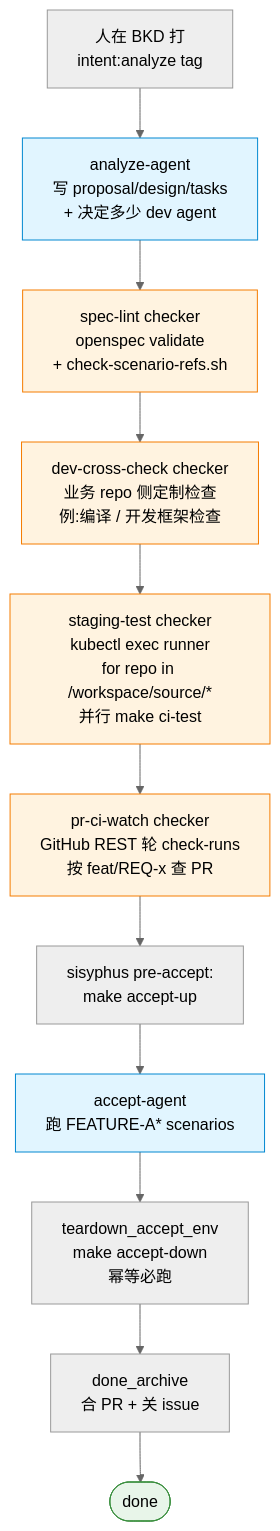
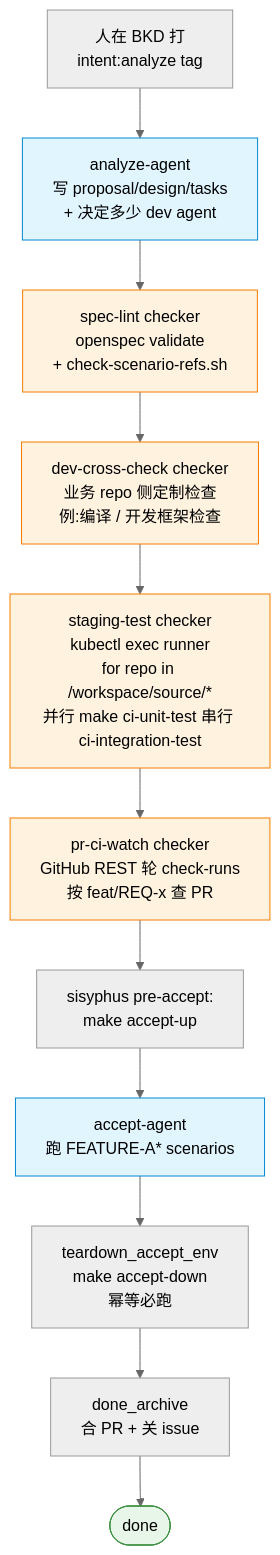
One commit to phona/sisyphus changed the first of 4 diagrams in docs/architecture.md. Above: the diagram before and after it, drawn with Mermaid (neutral theme). The commit also changed other lines of this file and 12 other files, not shown here.

````diff
--- a/docs/architecture.md
+++ b/docs/architecture.md
@@ -43,24 +43,24 @@
 ```mermaid
 flowchart TD
     Human[人在 BKD 打<br/>intent:analyze tag]
     Analyze[analyze-agent<br/>写 proposal/design/tasks<br/>+ 决定多少 dev agent]
     SpecLint[spec-lint checker<br/>openspec validate<br/>+ check-scenario-refs.sh]
     DevCheck[dev-cross-check checker<br/>业务 repo 侧定制检查<br/>例:编译 / 开发框架检查]
-    Staging[staging-test checker<br/>kubectl exec runner<br/>for repo in /workspace/source/*<br/>并行 make ci-test]
+    Staging[staging-test checker<br/>kubectl exec runner<br/>for repo in /workspace/source/*<br/>并行 make ci-unit-test 串行 ci-integration-test]
     PRCI[pr-ci-watch checker<br/>GitHub REST 轮 check-runs<br/>按 feat/REQ-x 查 PR]
     EnvUp[sisyphus pre-accept:<br/>make accept-up]
     Accept[accept-agent<br/>跑 FEATURE-A* scenarios]
     Teardown[teardown_accept_env<br/>make accept-down<br/>幂等必跑]
     Archive[done_archive<br/>合 PR + 关 issue]
     Done([done])
 
     Human --> Analyze --> SpecLint --> DevCheck --> Staging --> PRCI --> EnvUp --> Accept --> Teardown --> Archive --> Done
 
     classDef agent fill:#e1f5ff,stroke:#0288d1
     classDef checker fill:#fff3e0,stroke:#f57c00
     classDef terminal fill:#e8f5e9,stroke:#388e3c
 
     class Analyze,Accept agent
     class SpecLint,DevCheck,Staging,PRCI checker
     class Done terminal
 ```
````
